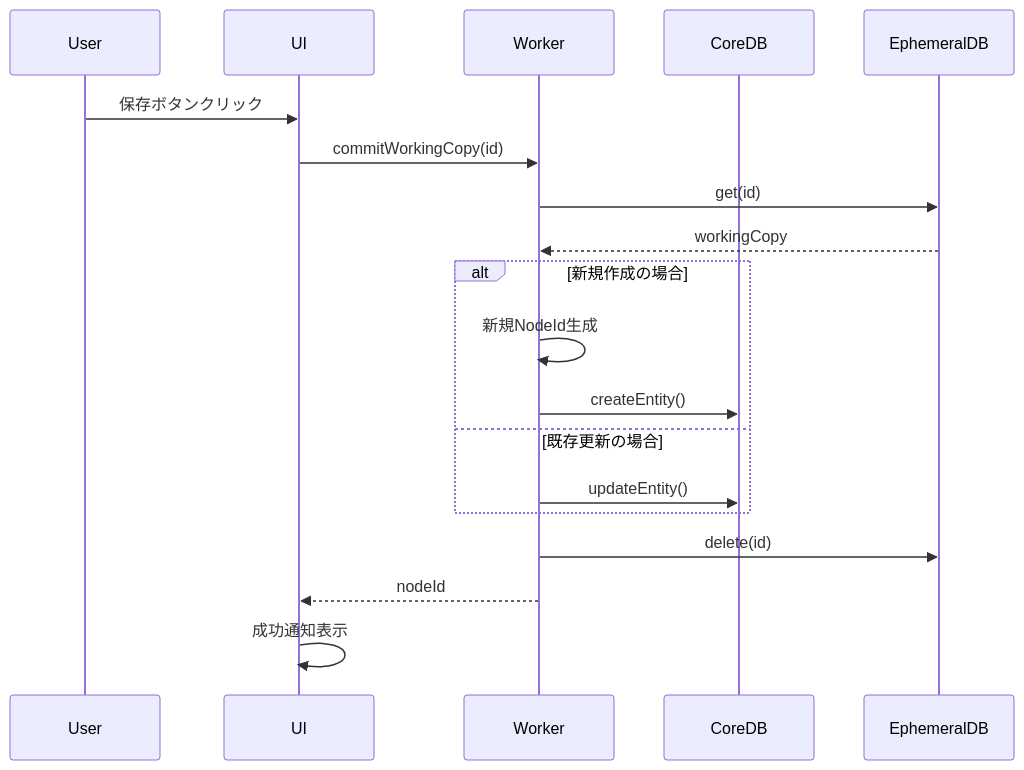
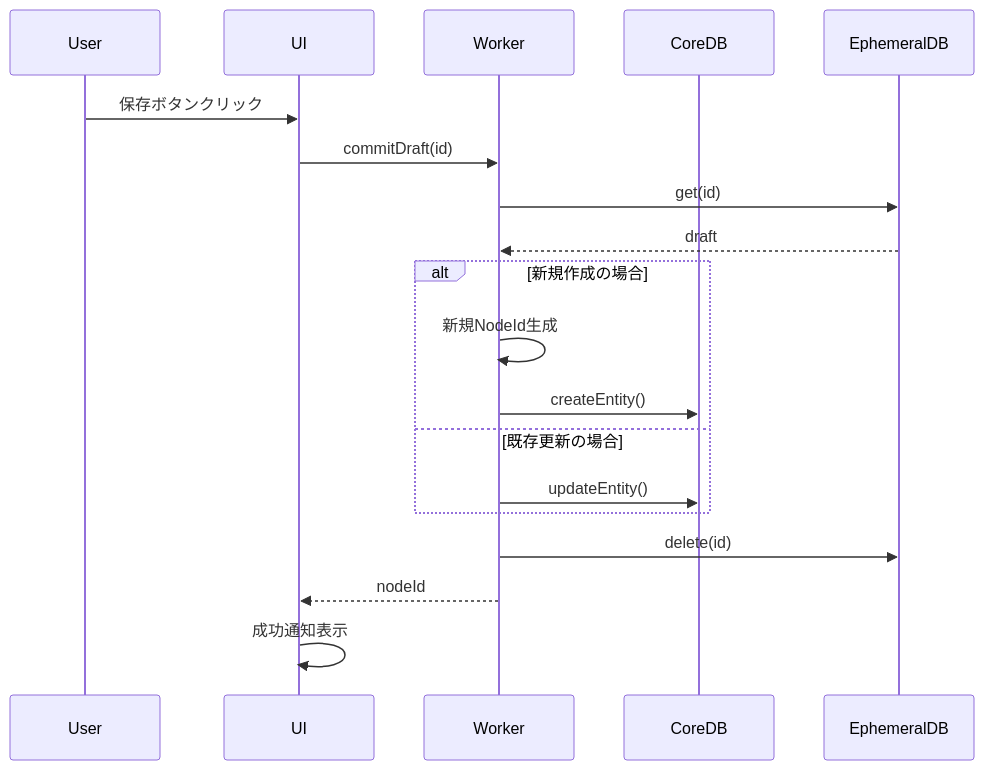
One commit to kubohiroya/hierarchidb changed the third of 3 diagrams in plugins/shape-plugin/docs/WORKING_COPY_PATTERN.md. Above: the diagram before and after it, drawn with Mermaid. The commit also changed other lines of this file and 796 other files, not shown here.

````diff
--- a/plugins/shape-plugin/docs/WORKING_COPY_PATTERN.md
+++ b/plugins/shape-plugin/docs/WORKING_COPY_PATTERN.md
@@ -115,24 +115,24 @@
 ```mermaid
 sequenceDiagram
     participant User
     participant UI
     participant Worker
     participant CoreDB
     participant EphemeralDB
     
     User->>UI: 保存ボタンクリック
-    UI->>Worker: commitWorkingCopy(id)
+    UI->>Worker: commitDraft(id)
     Worker->>EphemeralDB: get(id)
-    EphemeralDB-->>Worker: workingCopy
+    EphemeralDB-->>Worker: draft
     
     alt 新規作成の場合
         Worker->>Worker: 新規NodeId生成
         Worker->>CoreDB: createEntity()
     else 既存更新の場合
         Worker->>CoreDB: updateEntity()
     end
     
     Worker->>EphemeralDB: delete(id)
     Worker-->>UI: nodeId
     UI->>UI: 成功通知表示
 ```
````
